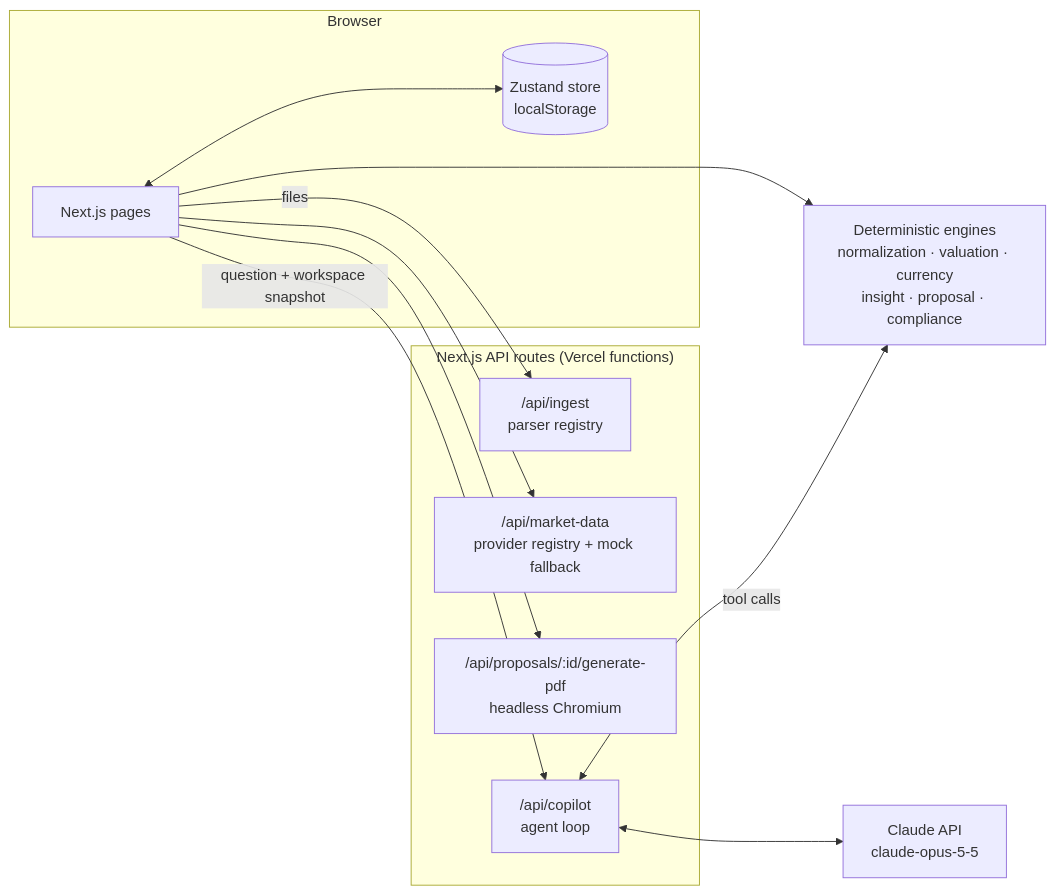
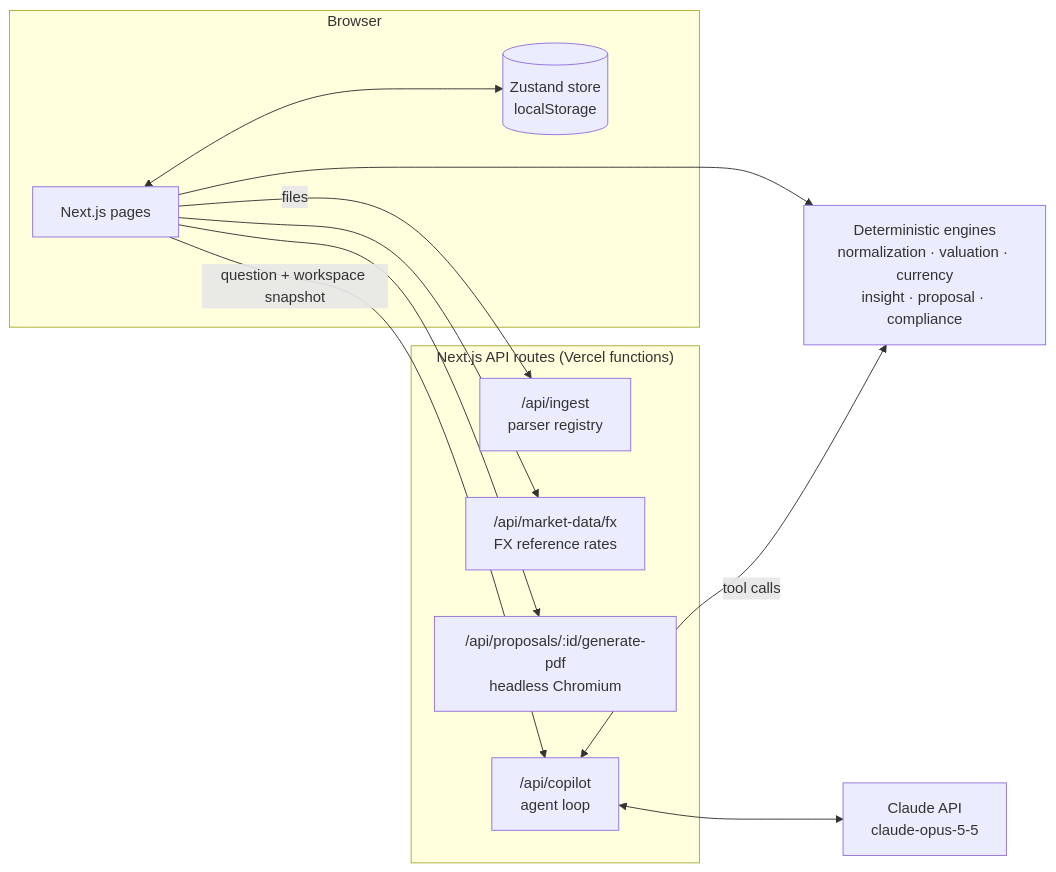
Before and after one commit to tylerbarnard23-PM/atlas-proposal-engine: the diagram in README.md, drawn with Mermaid. The commit also changed other lines of this file and 28 other files, not shown here.

````diff
--- a/README.md
+++ b/README.md
@@ -71,22 +71,22 @@
 ```mermaid
 flowchart LR
   subgraph Browser
     UI[Next.js pages] <--> Store[(Zustand store<br/>localStorage)]
   end
   subgraph Server["Next.js API routes (Vercel functions)"]
     Ingest["/api/ingest<br/>parser registry"]
-    MD["/api/market-data<br/>provider registry + mock fallback"]
+    MD["/api/market-data/fx<br/>FX reference rates"]
     PDF["/api/proposals/:id/generate-pdf<br/>headless Chromium"]
     Copilot["/api/copilot<br/>agent loop"]
   end
   Engines["Deterministic engines<br/>normalization · valuation · currency<br/>insight · proposal · compliance"]
   Claude["Claude API<br/>claude-opus-5-5"]
 
   UI -- files --> Ingest
   UI --> MD
   UI --> PDF
   UI -- question + workspace snapshot --> Copilot
   Copilot <-- tool calls --> Engines
   Copilot <--> Claude
   UI --> Engines
 ```
````
